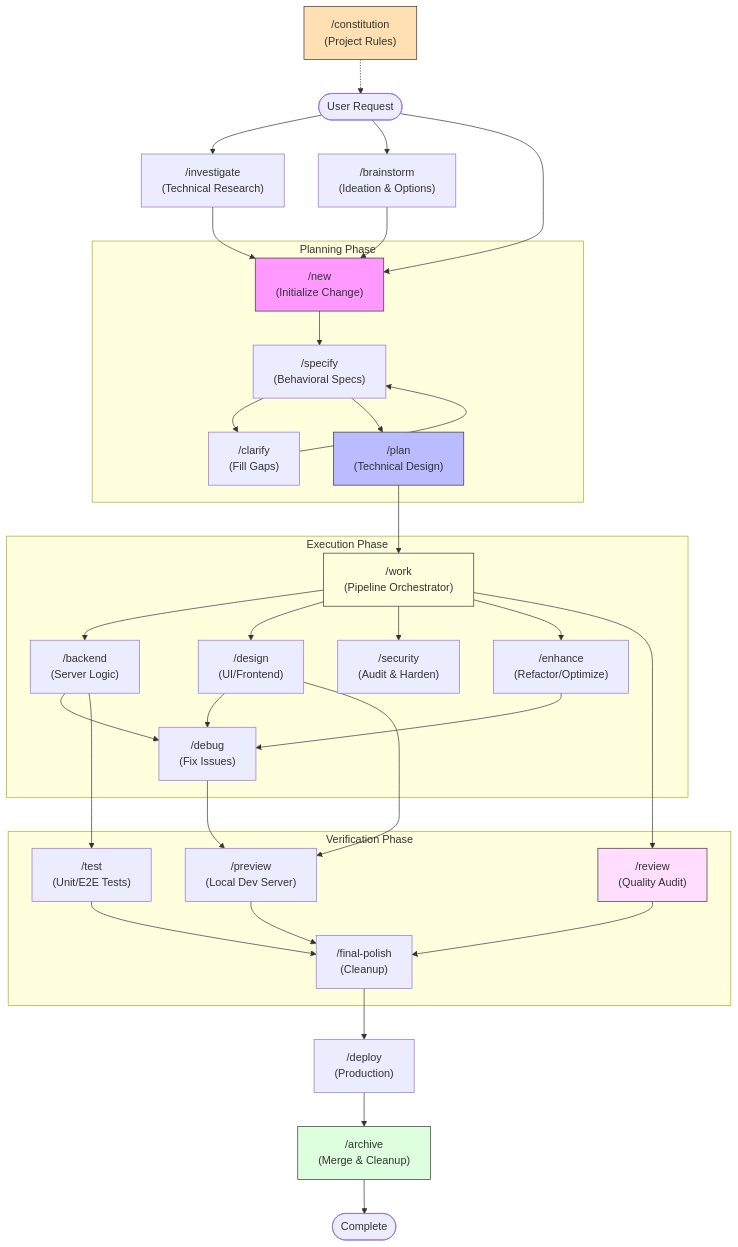
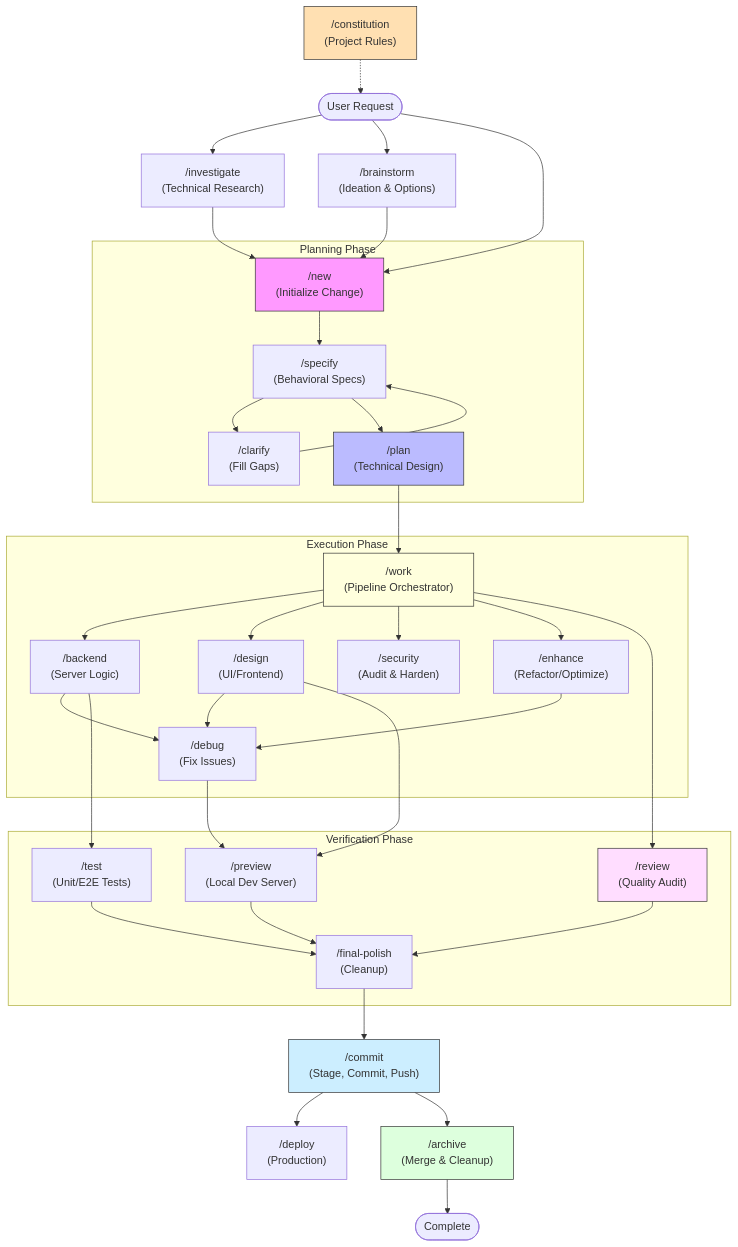
The diagram in docs/PROJECT_LIFECYCLE.md (Ippollo/Specwright), drawn with Mermaid before and after one commit. The commit also changed other lines of this file and 11 other files, not shown here.

````diff
--- a/docs/PROJECT_LIFECYCLE.md
+++ b/docs/PROJECT_LIFECYCLE.md
@@ -7,57 +7,59 @@
 ```mermaid
 graph TD
     %% Governance
     Constitution["/constitution<br/>(Project Rules)"] -.-> Start
 
     %% Entry Points
     Start([User Request]) --> Investigate["/investigate<br/>(Technical Research)"]
     Start --> Brainstorm["/brainstorm<br/>(Ideation & Options)"]
     Start --> New["/new<br/>(Initialize Change)"]
 
     %% Planning Flow
     Investigate --> New
     Brainstorm --> New
 
     subgraph "Planning Phase"
         New --> Specify["/specify<br/>(Behavioral Specs)"]
         Specify --> Clarify["/clarify<br/>(Fill Gaps)"]
         Clarify --> Specify
         Specify --> Plan["/plan<br/>(Technical Design)"]
     end
 
     %% Execution Phase
     subgraph "Execution Phase"
         Plan --> Work["/work<br/>(Pipeline Orchestrator)"]
         Work --> Backend["/backend<br/>(Server Logic)"]
         Work --> Design["/design<br/>(UI/Frontend)"]
         Work --> Security["/security<br/>(Audit & Harden)"]
         Work --> Enhance["/enhance<br/>(Refactor/Optimize)"]
 
         Backend --> Debug["/debug<br/>(Fix Issues)"]
         Design --> Debug
         Enhance --> Debug
     end
 
     %% Verification & Completion
     subgraph "Verification Phase"
         Debug --> Preview["/preview<br/>(Local Dev Server)"]
         Backend --> Test["/test<br/>(Unit/E2E Tests)"]
         Design --> Preview
         Work --> Review["/review<br/>(Quality Audit)"]
         Preview --> Final["/final-polish<br/>(Cleanup)"]
         Test --> Final
         Review --> Final
     end
 
-    Final --> Deploy["/deploy<br/>(Production)"]
-    Deploy --> Archive["/archive<br/>(Merge & Cleanup)"]
+    Final --> Commit["/commit<br/>(Stage, Commit, Push)"]
+    Commit --> Deploy["/deploy<br/>(Production)"]
+    Commit --> Archive["/archive<br/>(Merge & Cleanup)"]
     Archive --> End([Complete])
 
     %% Styling
     style Constitution fill:#ffe0b2,stroke:#333
     style Work fill:#ffd,stroke:#333
     style New fill:#f9f,stroke:#333
     style Archive fill:#dfd,stroke:#333
+    style Commit fill:#cef,stroke:#333
     style Plan fill:#bbf,stroke:#333
     style Review fill:#fdf,stroke:#333
 ```
````
